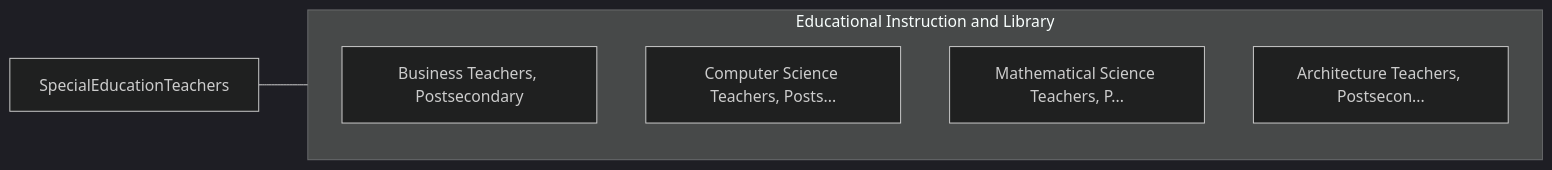
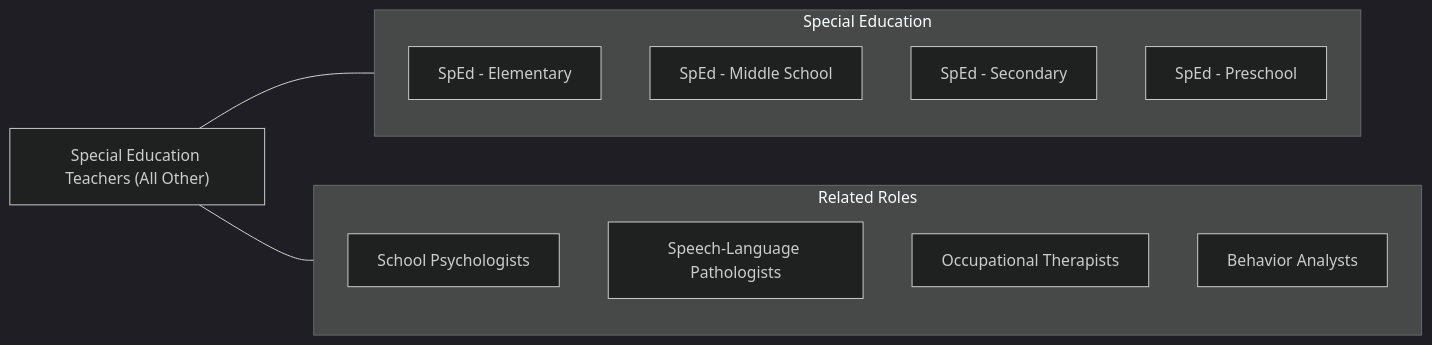
One commit to kziemski/business.org.ai changed the fourth of 4 diagrams in occupations/Education/SpecialEducationTeachers.mdx. Above: the diagram before and after it, drawn with Mermaid (dark theme). The commit also changed other lines of this file and 938 other files, not shown here.

````diff
--- a/occupations/Education/SpecialEducationTeachers.mdx
+++ b/occupations/Education/SpecialEducationTeachers.mdx
@@ -123,13 +168,21 @@
 ```mermaid
 graph LR
-    Current["SpecialEducationTeachers"]
+    Current["Special Education Teachers (All Other)"]
 
-    subgraph SameCategory["Educational Instruction and Library"]
-        BusinessTeachersPost["Business Teachers, Postsecondary"]
-        ComputerScienceTeach["Computer Science Teachers, Posts..."]
-        MathematicalScienceT["Mathematical Science Teachers, P..."]
-        ArchitectureTeachers["Architecture Teachers, Postsecon..."]
+    subgraph SameCategory["Special Education"]
+        SpEdElem["SpEd - Elementary"]
+        SpEdMiddle["SpEd - Middle School"]
+        SpEdSecondary["SpEd - Secondary"]
+        SpEdPreK["SpEd - Preschool"]
+    end
+
+    subgraph CrossFunctional["Related Roles"]
+        SchoolPsych["School Psychologists"]
+        SLP["Speech-Language Pathologists"]
+        OT["Occupational Therapists"]
+        BehaviorAnalysts["Behavior Analysts"]
     end
 
     Current --- SameCategory
+    Current --- CrossFunctional
 ```
````
